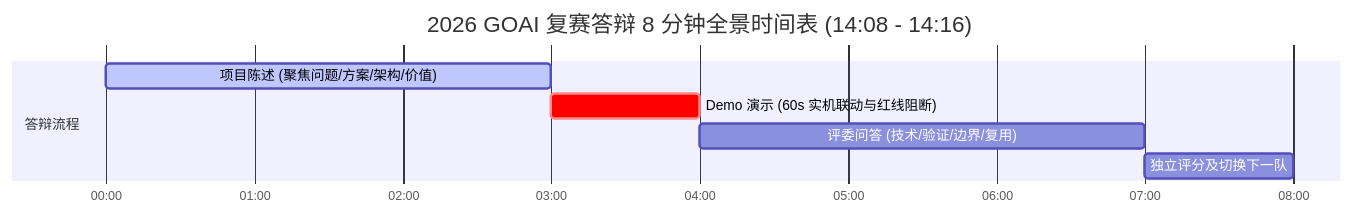
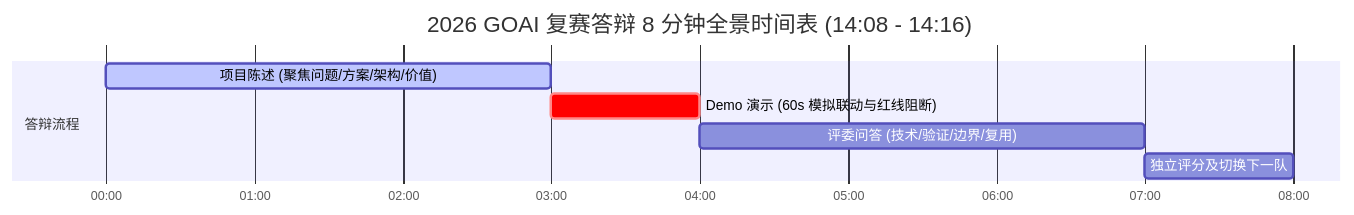
Before and after one commit to XZQ/zhuguang: the first of 6 diagrams in scripts/assets/illustrated_defense_guide_md_content.md, drawn with Mermaid. The commit also changed other lines of this file and 30 other files, not shown here.

````diff
--- a/scripts/assets/illustrated_defense_guide_md_content.md
+++ b/scripts/assets/illustrated_defense_guide_md_content.md
@@ -34,11 +34,11 @@
 ```mermaid
 gantt
     title 2026 GOAI 复赛答辩 8 分钟全景时间表 (14:08 - 14:16)
     dateFormat mm:ss
     axisFormat %M:%S
     section 答辩流程
     项目陈述 (聚焦问题/方案/架构/价值) :active, p1, 00:00, 03:00
-    Demo 演示 (60s 实机联动与红线阻断) :crit, p2, 03:00, 04:00
+    Demo 演示 (60s 模拟联动与红线阻断) :crit, p2, 03:00, 04:00
     评委问答 (技术/验证/边界/复用)     :p3, 04:00, 07:00
     独立评分及切换下一队              :p4, 07:00, 08:00
 ```
````
